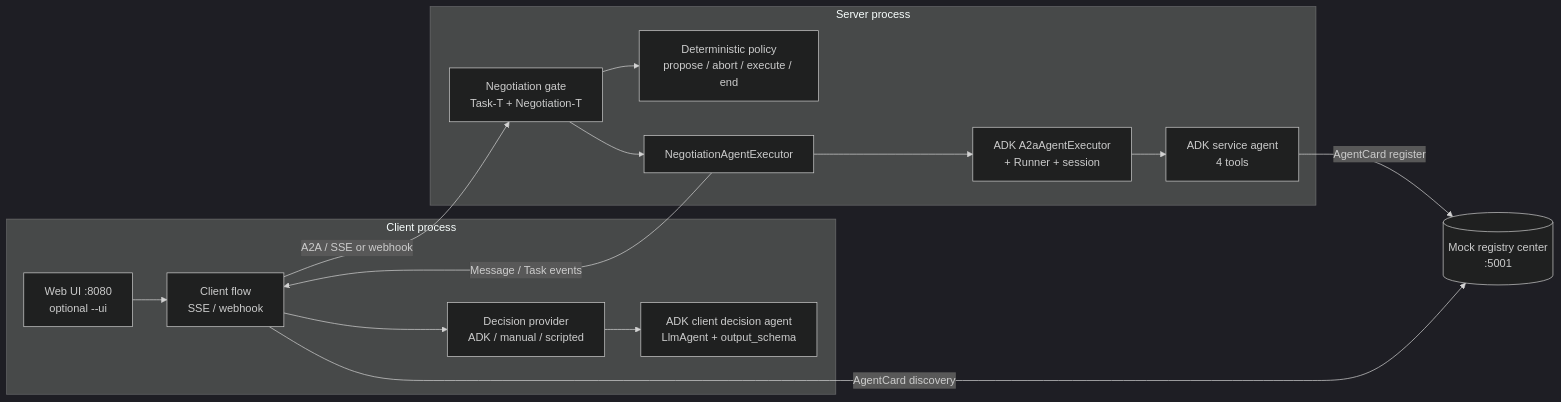
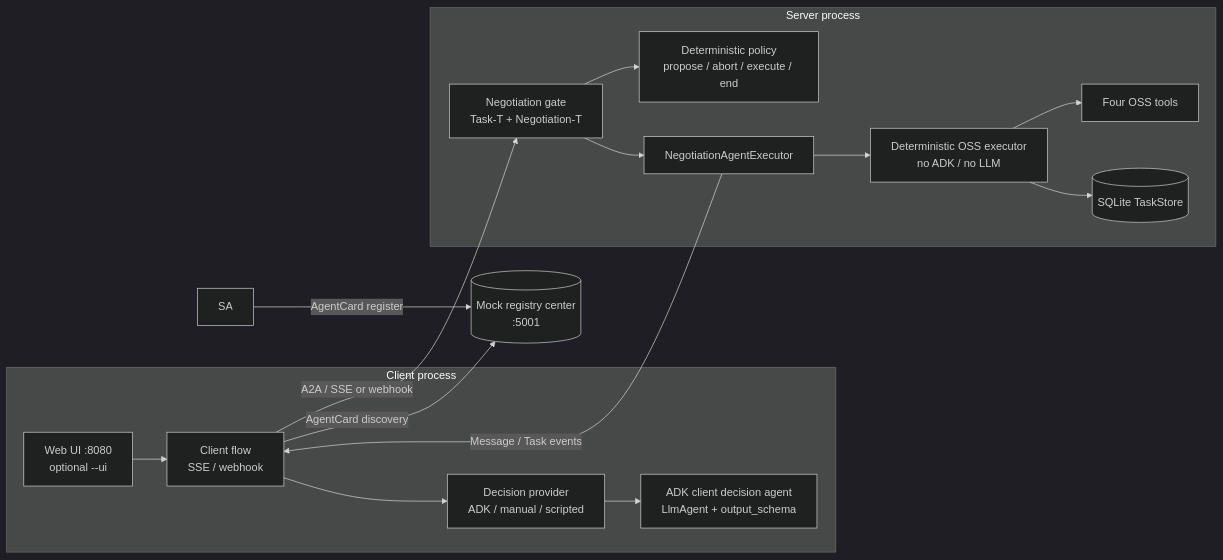
One commit to codetalks-hw/a2a-t-sdk-python changed the first of 6 diagrams in a2a-t-sample/ran-energy-saving/README.md. Above: the diagram before and after it, drawn with Mermaid (dark theme). The commit also changed other lines of this file and 32 other files, not shown here.

````diff
--- a/a2a-t-sample/ran-energy-saving/README.md
+++ b/a2a-t-sample/ran-energy-saving/README.md
@@ -58,30 +59,32 @@
 ```mermaid
 flowchart LR
     subgraph Client process
         UI[Web UI :8080<br/>optional --ui]
         CF[Client flow<br/>SSE / webhook]
         CA[ADK client decision agent<br/>LlmAgent + output_schema]
         DP[Decision provider<br/>ADK / manual / scripted]
         UI --> CF
         CF --> DP
         DP --> CA
     end
 
     subgraph Server process
         G[Negotiation gate<br/>Task-T + Negotiation-T]
         P[Deterministic policy<br/>propose / abort / execute / end]
         EX[NegotiationAgentExecutor]
-        ADK[ADK A2aAgentExecutor<br/>+ Runner + session]
-        SA[ADK service agent<br/>4 tools]
+        DET[Deterministic OSS executor<br/>no ADK / no LLM]
+        TOOLS[Four OSS tools]
+        DB[(SQLite TaskStore)]
         G --> P
         G --> EX
-        EX --> ADK
-        ADK --> SA
+        EX --> DET
+        DET --> TOOLS
+        DET --> DB
     end
 
     REG[(Mock registry center<br/>:5001)]
     CF -- A2A / SSE or webhook --> G
     EX -- Message / Task events --> CF
     SA -- AgentCard register --> REG
     CF -- AgentCard discovery --> REG
 ```
````
